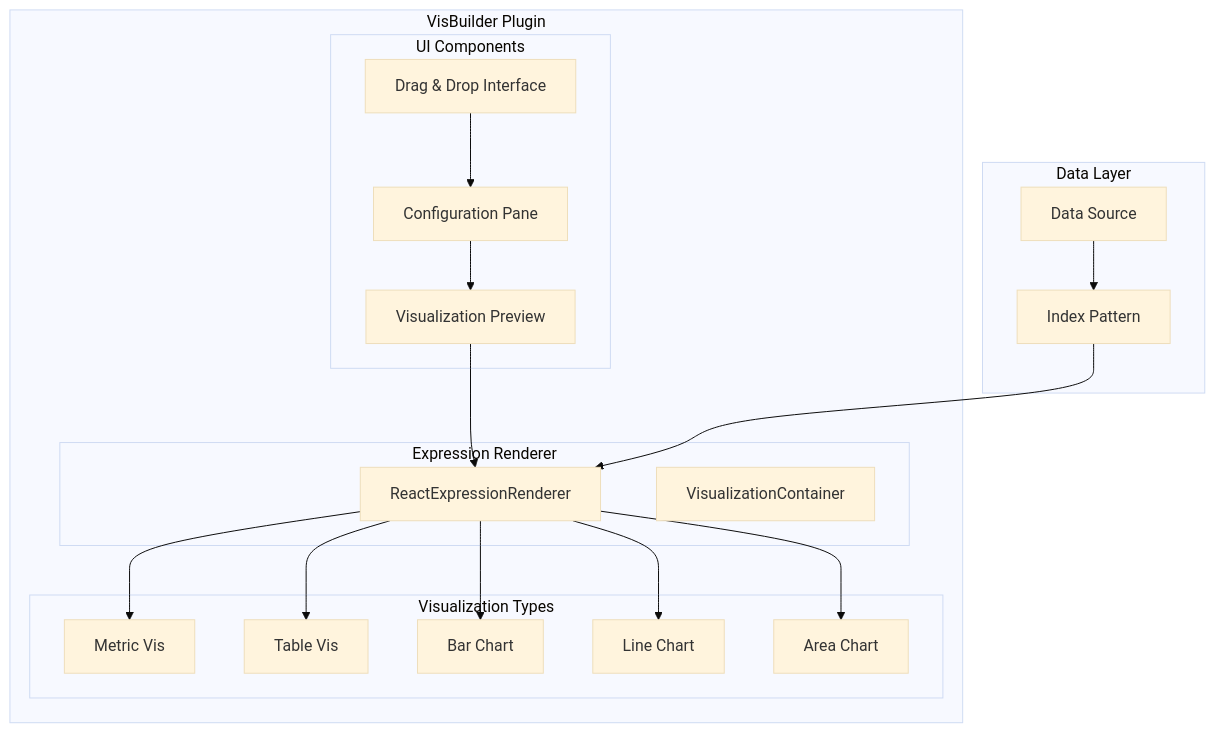
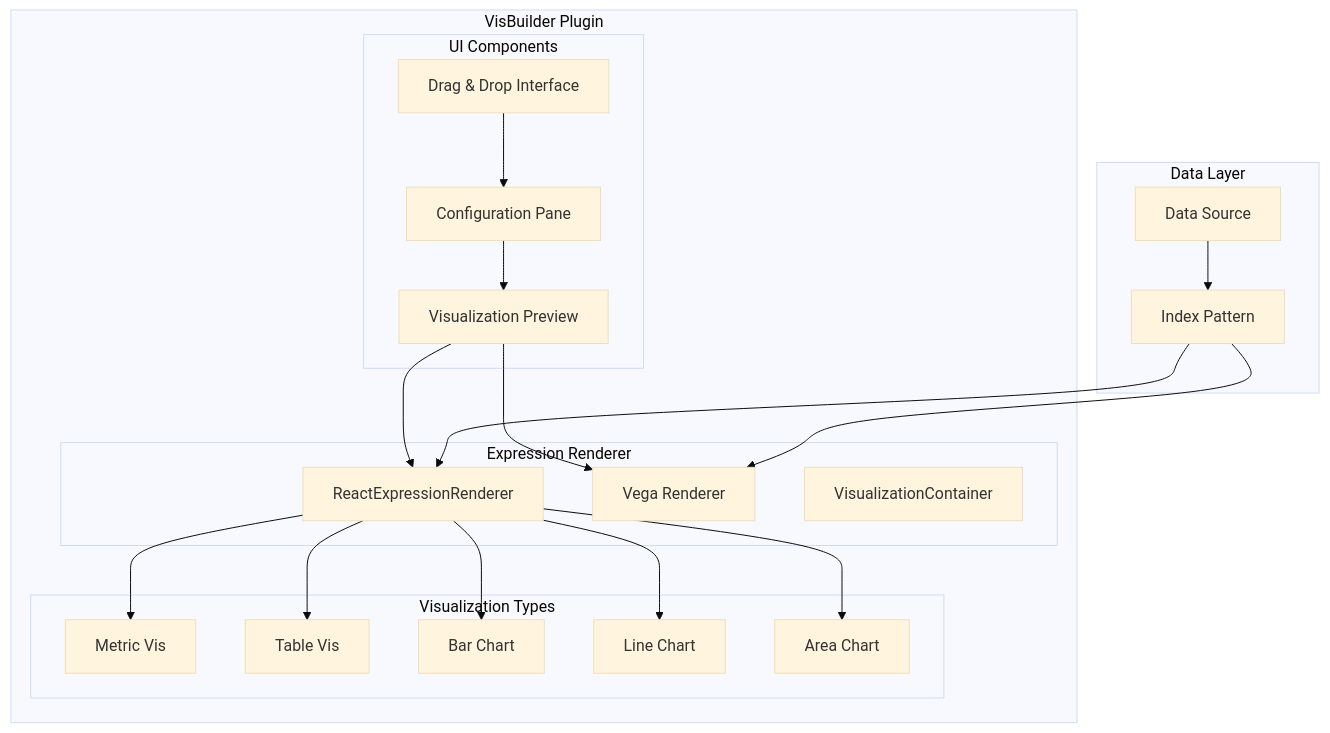
One commit to tkykenmt/opensearch-feature-explorer changed the diagram in docs/features/opensearch-dashboards/opensearch-dashboards-visbuilder.md. Above: the diagram before and after it, drawn with Mermaid (base theme). The commit also changed other lines of this file and 2 other files, not shown here.

````diff
--- a/docs/features/opensearch-dashboards/opensearch-dashboards-visbuilder.md
+++ b/docs/features/opensearch-dashboards/opensearch-dashboards-visbuilder.md
@@ -15,39 +15,42 @@
 ```mermaid
 graph TB
     subgraph "VisBuilder Plugin"
         subgraph "UI Components"
             DND[Drag & Drop Interface]
             CONFIG[Configuration Pane]
             PREVIEW[Visualization Preview]
         end
         
         subgraph "Visualization Types"
             METRIC[Metric Vis]
             TABLE[Table Vis]
             BAR[Bar Chart]
             LINE[Line Chart]
             AREA[Area Chart]
         end
         
         subgraph "Expression Renderer"
             EXPR[ReactExpressionRenderer]
+            VEGA[Vega Renderer]
             CONTAINER[VisualizationContainer]
         end
     end
     
     subgraph "Data Layer"
         INDEX[Index Pattern]
         DS[Data Source]
     end
     
     DND --> CONFIG
     CONFIG --> PREVIEW
     PREVIEW --> EXPR
+    PREVIEW --> VEGA
     EXPR --> METRIC
     EXPR --> TABLE
     EXPR --> BAR
     EXPR --> LINE
     EXPR --> AREA
     INDEX --> EXPR
+    INDEX --> VEGA
     DS --> INDEX
 ```
````
